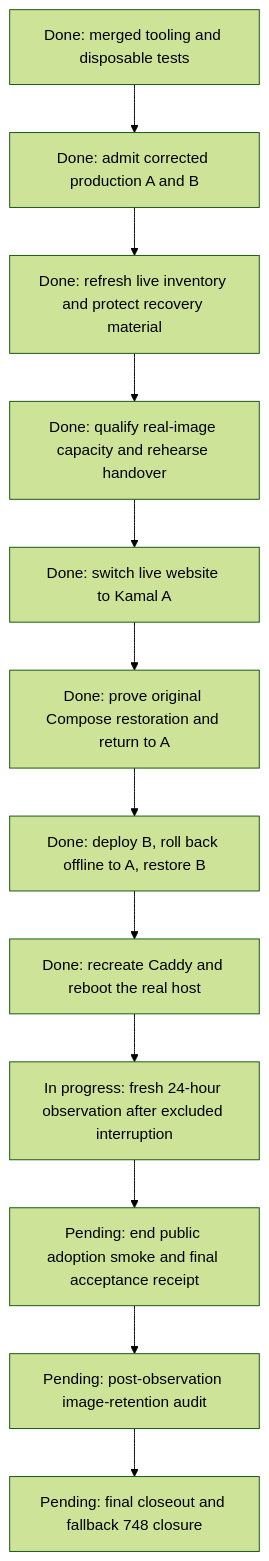
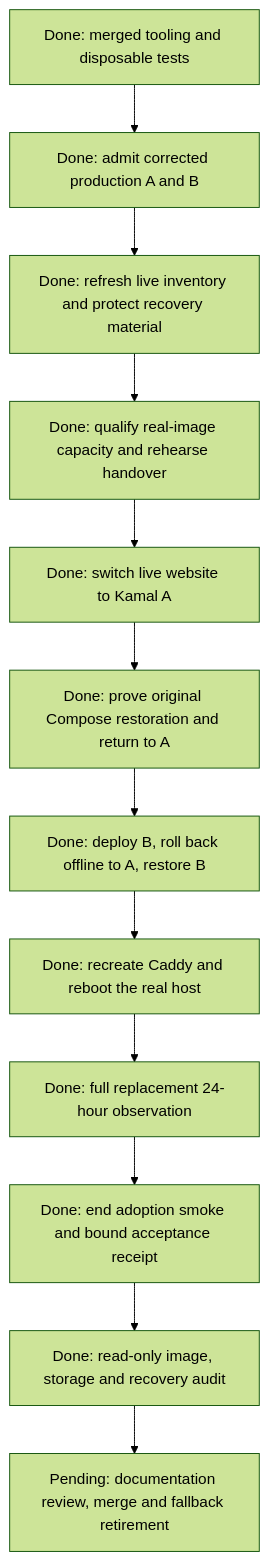
The diagram in plan.md (flidai/leapview), drawn with Mermaid (forest theme) before and after one commit. The commit also changed other lines of this file and 6 other files, not shown here.

Commit message:
docs(site): record final live observation and recovery audit

````diff
--- a/plan.md
+++ b/plan.md
@@ -135,14 +160,14 @@
 ```mermaid
 flowchart TD
     A[Done: merged tooling and disposable tests] --> B[Done: admit corrected production A and B]
     B --> C[Done: refresh live inventory and protect recovery material]
     C --> D[Done: qualify real-image capacity and rehearse handover]
     D --> E[Done: switch live website to Kamal A]
     E --> F[Done: prove original Compose restoration and return to A]
     F --> G[Done: deploy B, roll back offline to A, restore B]
     G --> H[Done: recreate Caddy and reboot the real host]
-    H --> I[In progress: fresh 24-hour observation after excluded interruption]
-    I --> J[Pending: end public adoption smoke and final acceptance receipt]
-    J --> K[Pending: post-observation image-retention audit]
-    K --> L[Pending: final closeout and fallback 748 closure]
+    H --> I[Done: full replacement 24-hour observation]
+    I --> J[Done: end adoption smoke and bound acceptance receipt]
+    J --> K[Done: read-only image, storage and recovery audit]
+    K --> L[Pending: documentation review, merge and fallback retirement]
 ```
````
